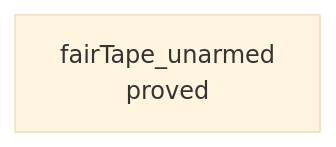
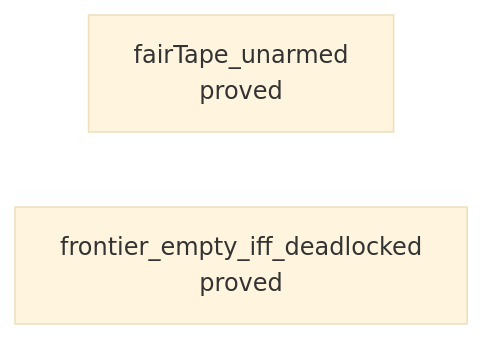
Diagram 12 of 13 in generated/semantics.md (pure-algebra/lean4-effect4), drawn with Mermaid (base theme) before and after one commit. The commit also changed other lines of this file and 8 other files, not shown here.

````diff
--- a/generated/semantics.md
+++ b/generated/semantics.md
@@ -2498,4 +2518,5 @@
 ```mermaid
 flowchart LR
   n0["fairTape_unarmed<br/>proved"]
+  n1["frontier_empty_iff_deadlocked<br/>proved"]
 ```
````
